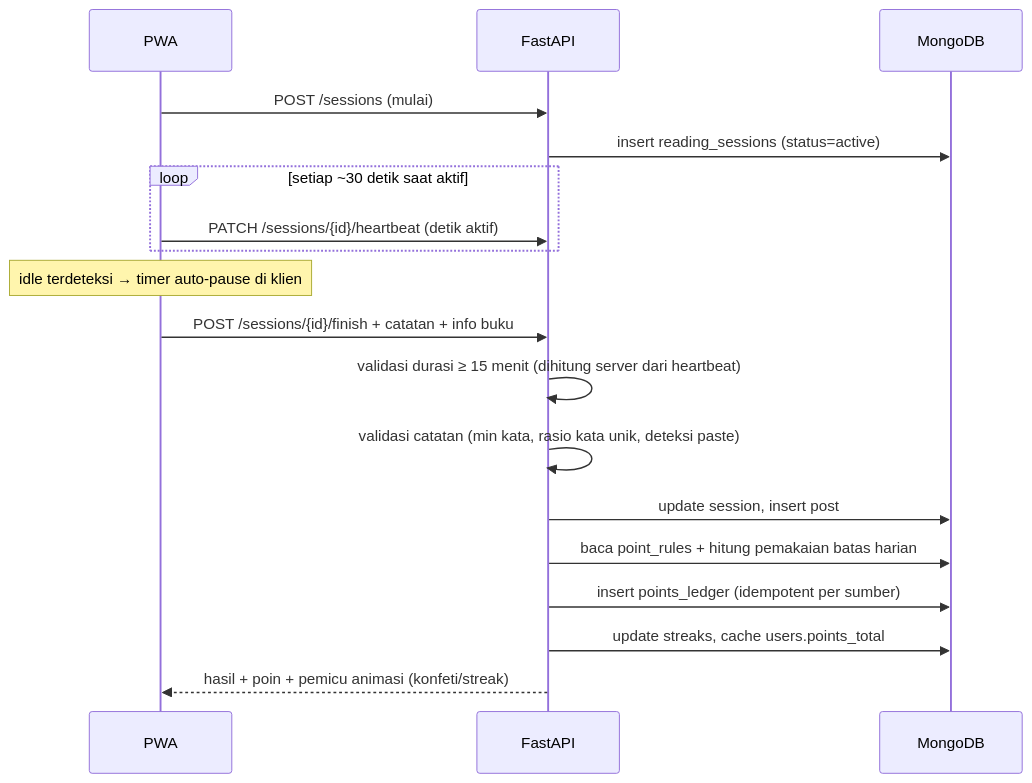
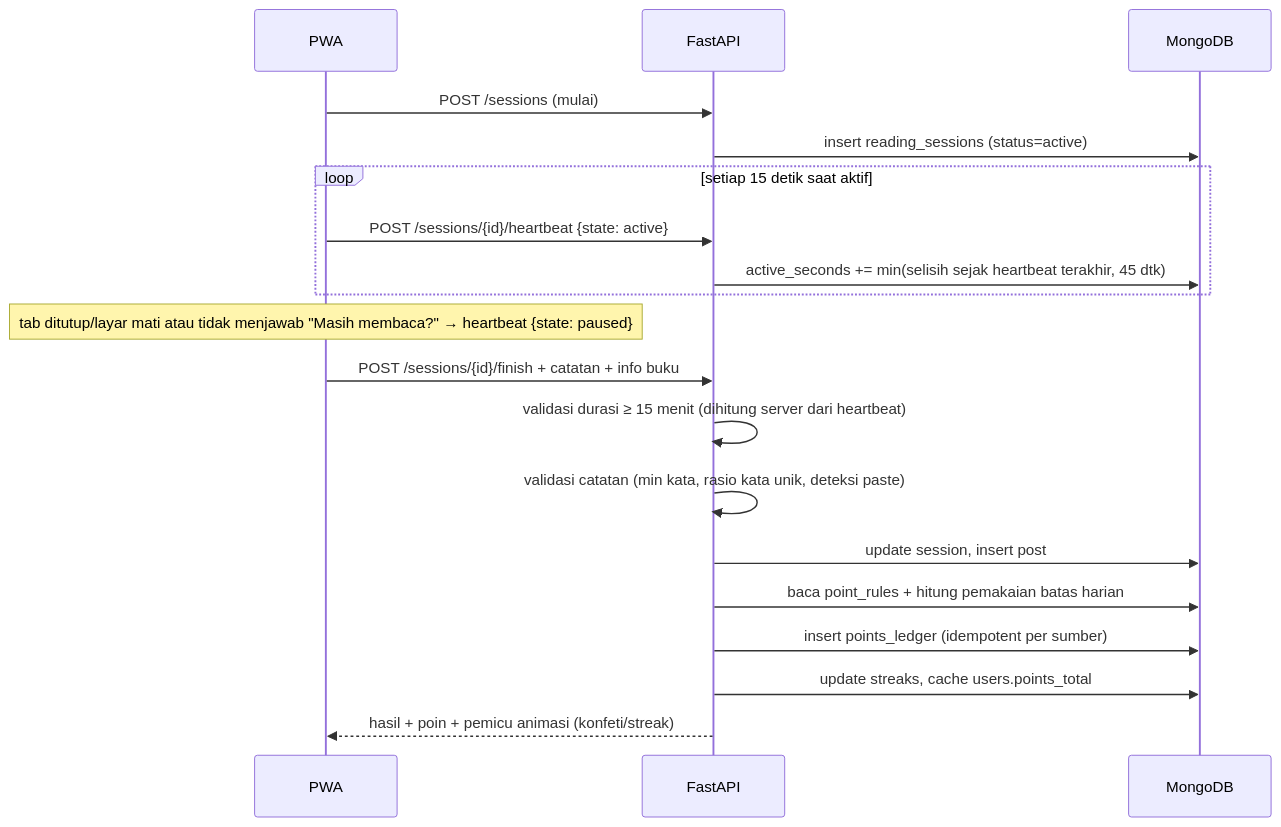
The third of 4 diagrams in docs/ARCHITECTURE.md (keithblue9/ReadQuest), drawn with Mermaid before and after one commit. The commit also changed other lines of this file and 68 other files, not shown here.

````diff
--- a/docs/ARCHITECTURE.md
+++ b/docs/ARCHITECTURE.md
@@ -93,20 +92,21 @@
 ```mermaid
 sequenceDiagram
     participant U as PWA
     participant A as FastAPI
     participant D as MongoDB
     U->>A: POST /sessions (mulai)
     A->>D: insert reading_sessions (status=active)
-    loop setiap ~30 detik saat aktif
-        U->>A: PATCH /sessions/{id}/heartbeat (detik aktif)
+    loop setiap 15 detik saat aktif
+        U->>A: POST /sessions/{id}/heartbeat {state: active}
+        A->>D: active_seconds += min(selisih sejak heartbeat terakhir, 45 dtk)
     end
-    Note over U: idle terdeteksi → timer auto-pause di klien
+    Note over U: tab ditutup/layar mati atau tidak menjawab "Masih membaca?" → heartbeat {state: paused}
     U->>A: POST /sessions/{id}/finish + catatan + info buku
     A->>A: validasi durasi ≥ 15 menit (dihitung server dari heartbeat)
     A->>A: validasi catatan (min kata, rasio kata unik, deteksi paste)
     A->>D: update session, insert post
     A->>D: baca point_rules + hitung pemakaian batas harian
     A->>D: insert points_ledger (idempotent per sumber)
     A->>D: update streaks, cache users.points_total
     A-->>U: hasil + poin + pemicu animasi (konfeti/streak)
 ```
````
